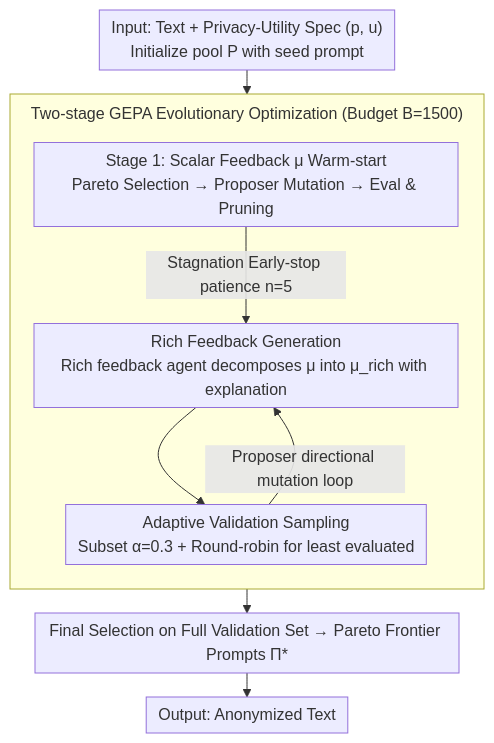
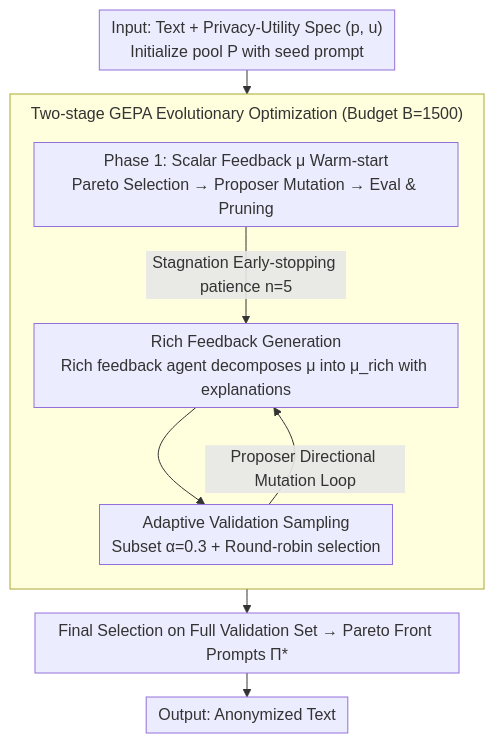
One commit to zhaoyang97/Paper-Notes-en changed the diagram in docs/ACL2026/llm_safety/adaptive_text_anonymization_learning_privacy-utility_trade-offs_via_prompt_optim.md. Above: the diagram before and after it, drawn with Mermaid. The commit also changed other lines of this file and 5084 other files, not shown here.

````diff
--- a/docs/ACL2026/llm_safety/adaptive_text_anonymization_learning_privacy-utility_trade-offs_via_prompt_optim.md
+++ b/docs/ACL2026/llm_safety/adaptive_text_anonymization_learning_privacy-utility_trade-offs_via_prompt_optim.md
@@ -46,15 +46,15 @@
 ```mermaid
 %%{init: {'flowchart': {'rankSpacing': 24, 'nodeSpacing': 28, 'padding': 6, 'wrappingWidth': 400, 'subGraphTitleMargin': {'top': 8, 'bottom': 16}}}}%%
 flowchart TD
     A["Input: Text + Privacy-Utility Spec (p, u)<br/>Initialize pool P with seed prompt"]
     subgraph GEPA["Two-stage GEPA Evolutionary Optimization (Budget B=1500)"]
         direction TB
-        C["Stage 1: Scalar Feedback μ Warm-start<br/>Pareto Selection → Proposer Mutation → Eval & Pruning"]
-        C -->|Stagnation Early-stop patience n=5| E["Rich Feedback Generation<br/>Rich feedback agent decomposes μ into μ_rich with explanation"]
-        E --> F["Adaptive Validation Sampling<br/>Subset α=0.3 + Round-robin for least evaluated"]
-        F -->|Proposer directional mutation loop| E
+        C["Phase 1: Scalar Feedback μ Warm-start<br/>Pareto Selection → Proposer Mutation → Eval & Pruning"]
+        C -->|Stagnation Early-stopping patience n=5| E["Rich Feedback Generation<br/>Rich feedback agent decomposes μ into μ_rich with explanations"]
+        E --> F["Adaptive Validation Sampling<br/>Subset α=0.3 + Round-robin selection"]
+        F -->|Proposer Directional Mutation Loop| E
     end
     A --> GEPA
-    GEPA --> G["Final Selection on Full Validation Set → Pareto Frontier Prompts Π*"]
+    GEPA --> G["Final Selection on Full Validation Set → Pareto Front Prompts Π*"]
     G --> H["Output: Anonymized Text"]
 ```
````
